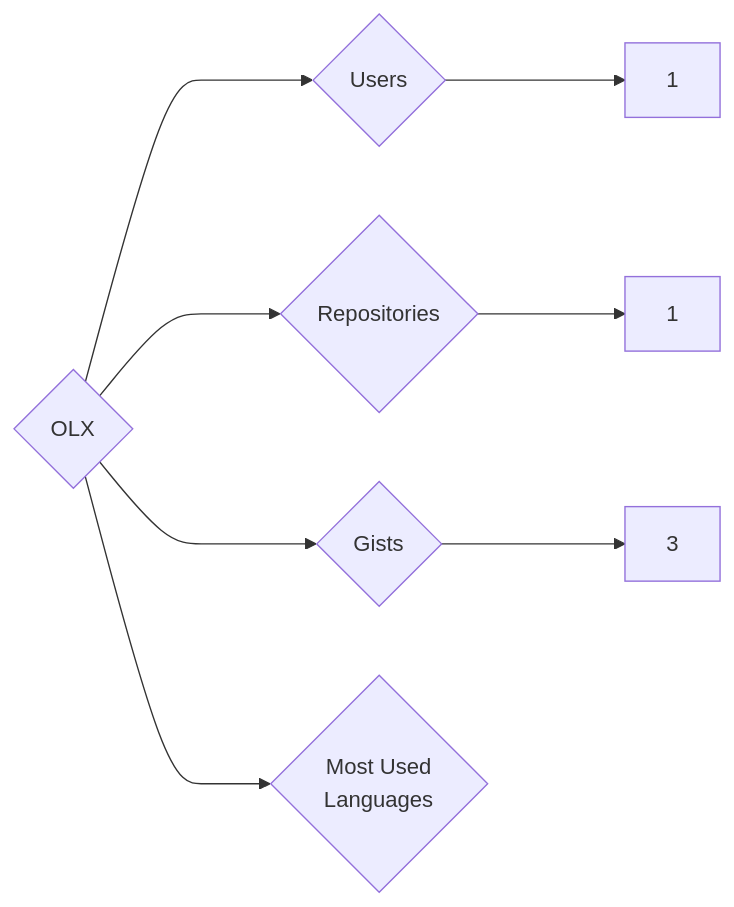
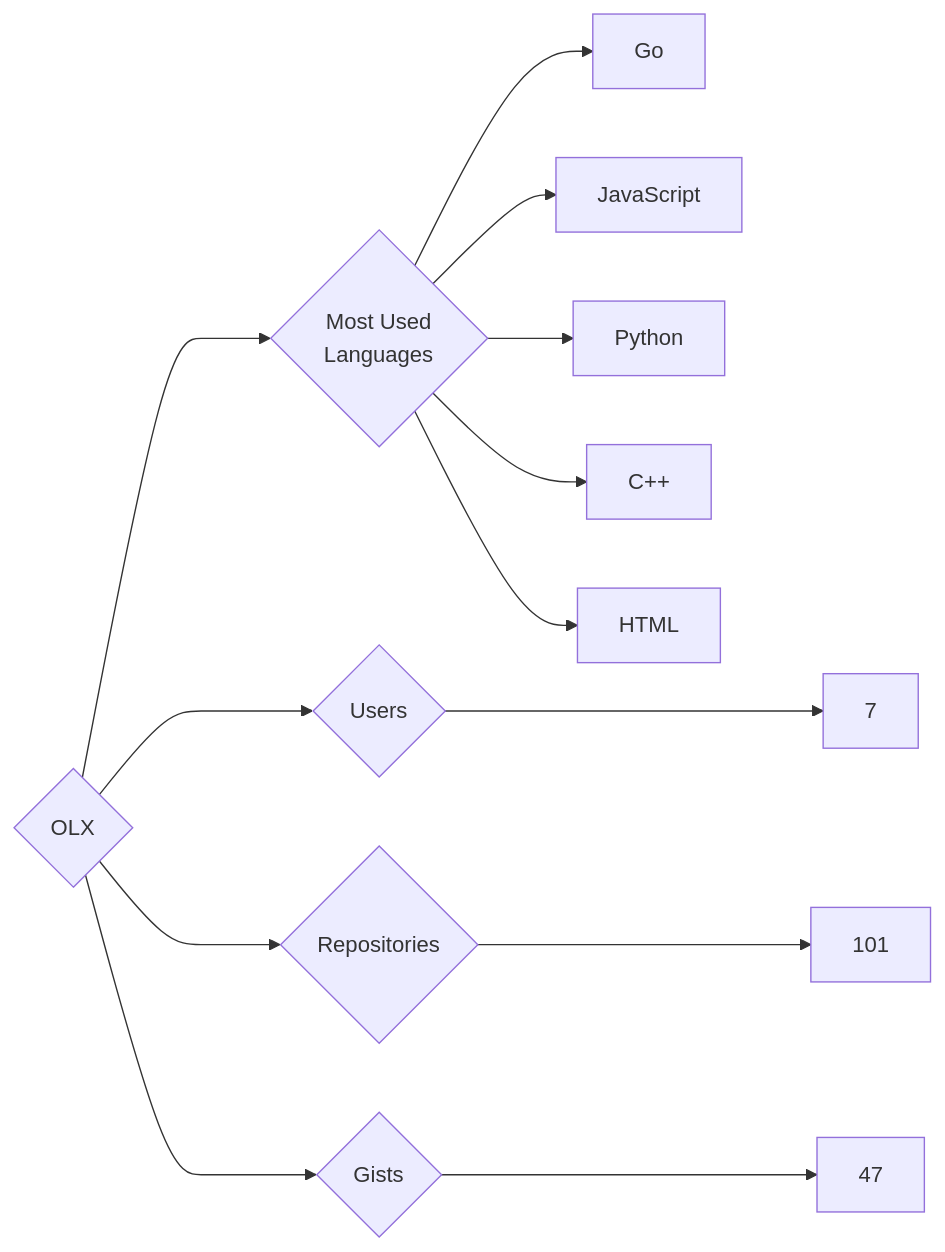
The diagram in targets/OLX/README.md (trickest/insiders), drawn with Mermaid before and after one commit. The commit also changed 1496 other files, not shown here.

````diff
--- a/targets/OLX/README.md
+++ b/targets/OLX/README.md
@@ -3,8 +3,13 @@
 ```mermaid
 graph LR
 COMPANY_NAME{OLX}
-COMPANY_NAME ---> U{Users} ---> UN[1]
-COMPANY_NAME ---> R{Repositories} ---> RN[1]
-COMPANY_NAME ---> G{Gists} ---> GN[3]
+COMPANY_NAME ---> U{Users} ---> UN[7]
+COMPANY_NAME ---> R{Repositories} ---> RN[101]
+COMPANY_NAME ---> G{Gists} ---> GN[47]
 COMPANY_NAME ---> ML{Most Used<br>Languages}
+ML --> Go[Go]
+ML --> JavaScript[JavaScript]
+ML --> Python[Python]
+ML --> C++[C++]
+ML --> HTML[HTML]
 ```
````
